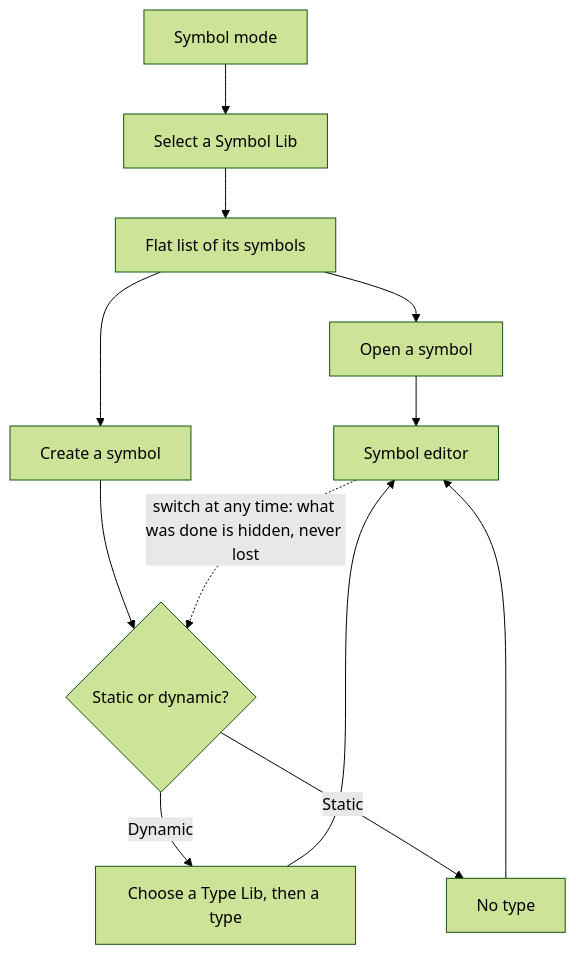
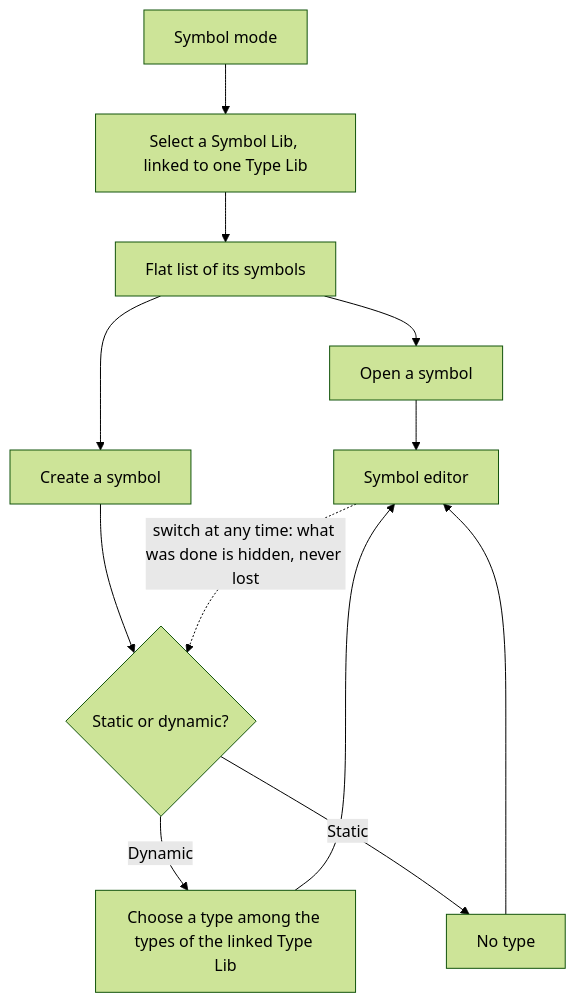
The diagram in symbols/01-libraries-and-symbols.md (AlexandreGallais/synoptic-studio-spec), drawn with Mermaid (forest theme) before and after one commit. The commit also changed other lines of this file and 3 other files, not shown here.

First line of the commit message:
docs(symbols): link each symbol lib to one type lib

````diff
--- a/symbols/01-libraries-and-symbols.md
+++ b/symbols/01-libraries-and-symbols.md
@@ -27,14 +29,14 @@
 ```mermaid
 flowchart TD
-    A["Symbol mode"] --> B["Select a Symbol Lib"]
+    A["Symbol mode"] --> B["Select a Symbol Lib, linked to one Type Lib"]
     B --> C["Flat list of its symbols"]
     C --> D["Open a symbol"]
     C --> E["Create a symbol"]
     E --> K{"Static or dynamic?"}
-    K -- "Dynamic" --> F["Choose a Type Lib, then a type"]
+    K -- "Dynamic" --> F["Choose a type among the types of the linked Type Lib"]
     K -- "Static" --> H["No type"]
     F --> G["Symbol editor"]
     H --> G
     D --> G
     G -.->|"switch at any time: what was done is hidden, never lost"| K
 ```
````
